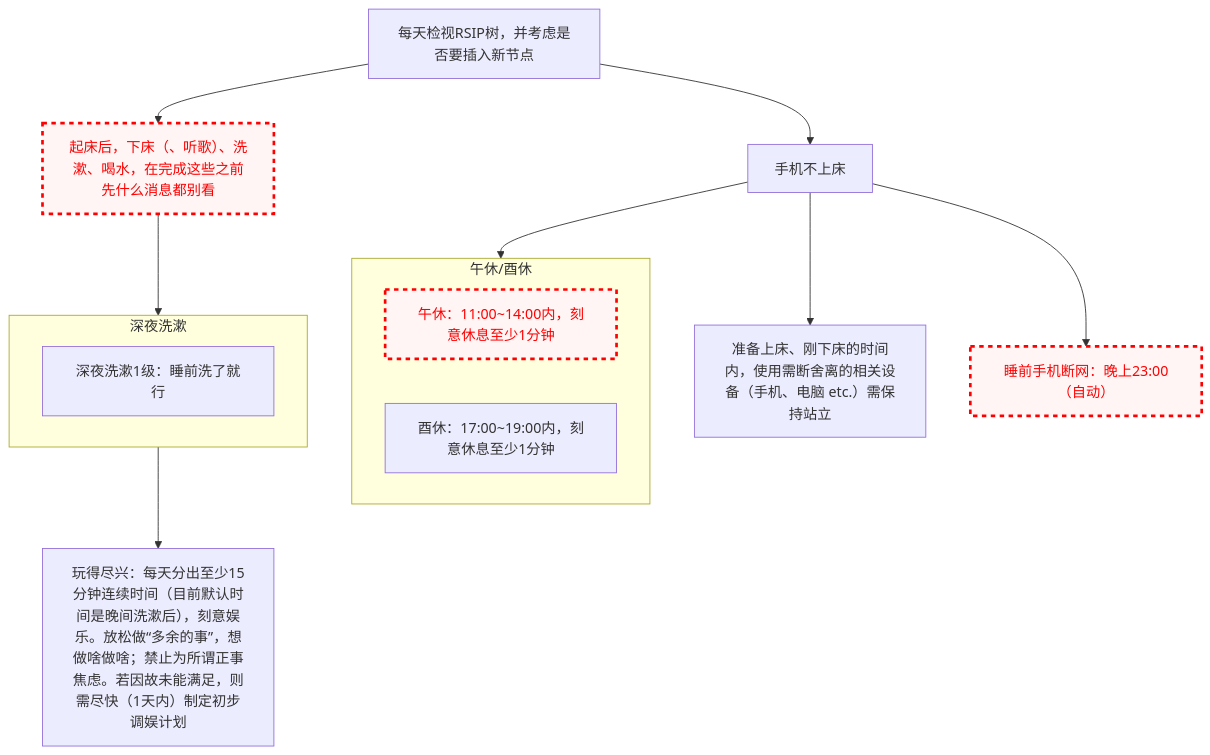
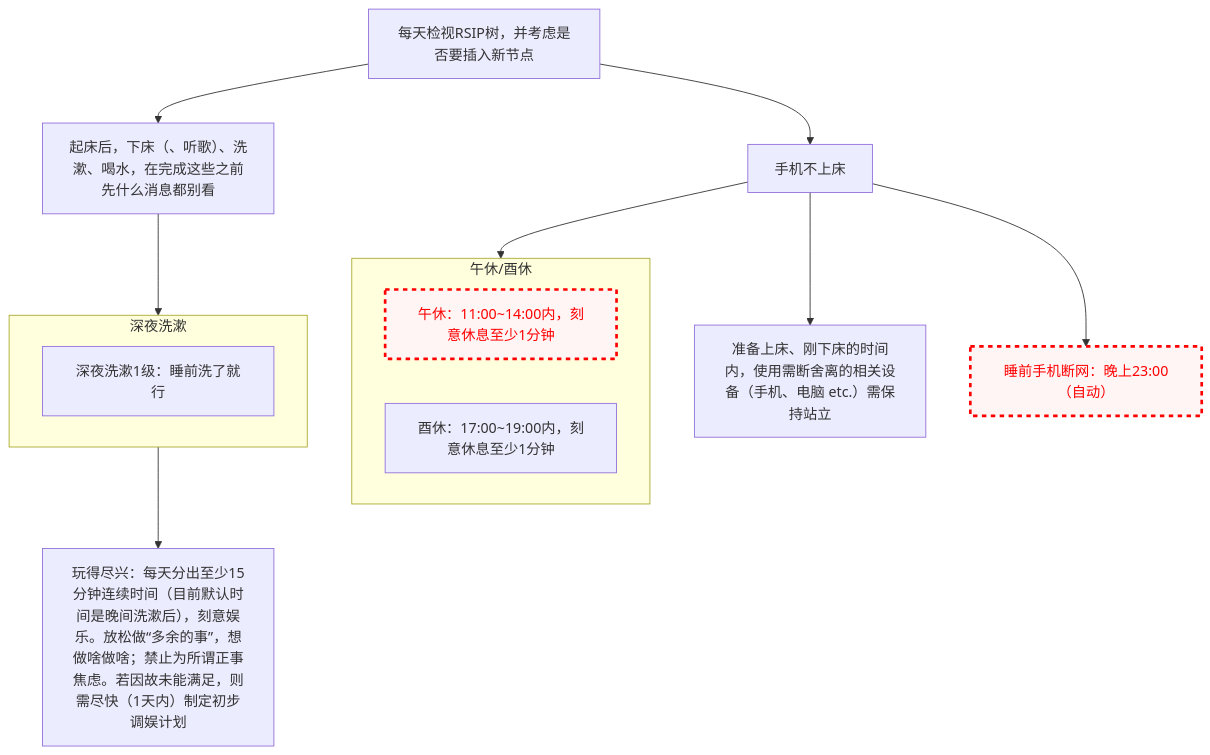
Before and after one commit to Ethkuil/RSIP-tree: the diagram in README.md, drawn with Mermaid.

Commit message:
enable 清晨洗漱

````diff
--- a/README.md
+++ b/README.md
@@ -9,32 +9,31 @@
 ```mermaid
 graph TD
 
 classDef failed stroke:#ff0000, stroke-width:3px, color:#ff0000, fill:#fff5f5, stroke-dasharray: 5
 
 RSIP[每天检视RSIP树，并考虑是否要插入新节点]
 
 RSIP --> 手机不上床
 手机不上床 --> 站立使用[准备上床、刚下床的时间内，使用需断舍离的相关设备（手机、电脑 etc.）需保持站立]
 
 
 RSIP --> 清晨洗漱
 清晨洗漱[起床后，下床（、听歌）、洗漱、喝水，在完成这些之前先什么消息都别看]
-class 清晨洗漱 failed
 
 
 手机不上床 --> 午休/酉休
 subgraph 午休/酉休
   午休[午休：11:00~14:00内，刻意休息至少1分钟]
   酉休[酉休：17:00~19:00内，刻意休息至少1分钟]
   class 午休 failed
 end
 
 
 清晨洗漱 --> 深夜洗漱
 subgraph 深夜洗漱
   深夜洗漱1级[深夜洗漱1级：睡前洗了就行]
 end
 深夜洗漱 --> 玩得尽兴[玩得尽兴：每天分出至少15分钟连续时间（目前默认时间是晚间洗漱后），刻意娱乐。放松做“多余的事”，想做啥做啥；禁止为所谓正事焦虑。若因故未能满足，则需尽快（1天内）制定初步调娱计划]
 手机不上床 --> 睡前手机断网[睡前手机断网：晚上23:00（自动）]
 class 睡前手机断网 failed
 ```
````
